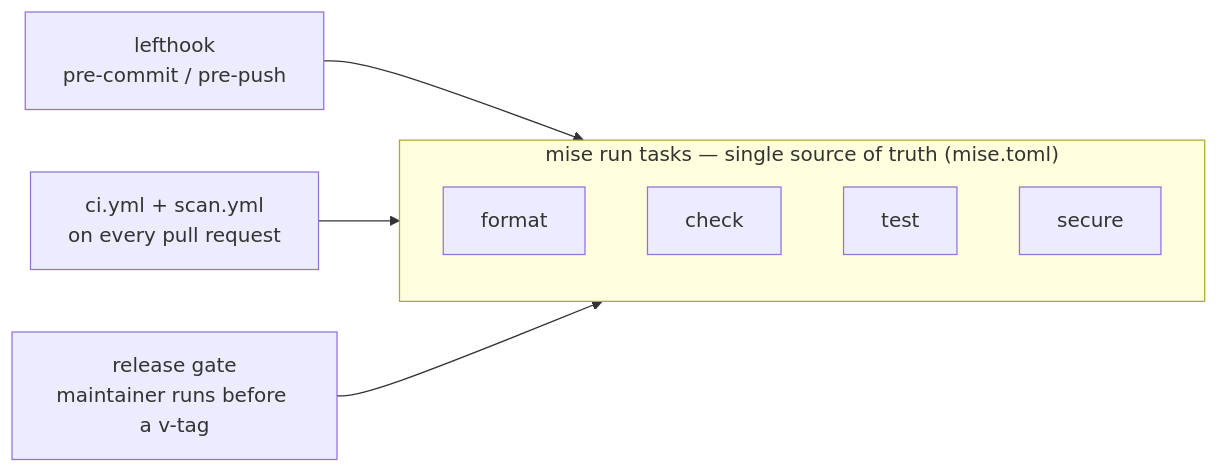
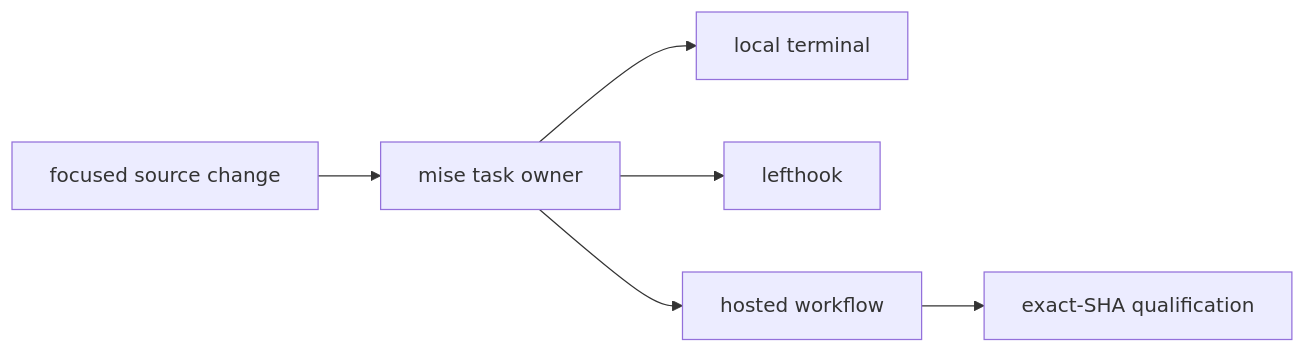
Before and after one commit to LuiGGi629/agentops-open-course: the diagram in content/8. Community/8.5. Contributions.md, drawn with Mermaid. The commit also changed other lines of this file and 87 other files, not shown here.

````diff
--- a/content/8. Community/8.5. Contributions.md
+++ b/content/8. Community/8.5. Contributions.md
@@ -44,12 +27,8 @@
 ```mermaid
 flowchart LR
-    subgraph tasks["mise run tasks — single source of truth (mise.toml)"]
-        F["format"]
-        C["check"]
-        T["test"]
-        S["secure"]
-    end
-    L["lefthook<br/>pre-commit / pre-push"] --> tasks
-    P["ci.yml + scan.yml<br/>on every pull request"] --> tasks
-    R["release gate<br/>maintainer runs before a v-tag"] --> tasks
+    Change["focused source change"] --> Mise["mise task owner"]
+    Mise --> Local["local terminal"]
+    Mise --> Hook["lefthook"]
+    Mise --> CI["hosted workflow"]
+    CI --> Release["exact-SHA qualification"]
 ```
````
